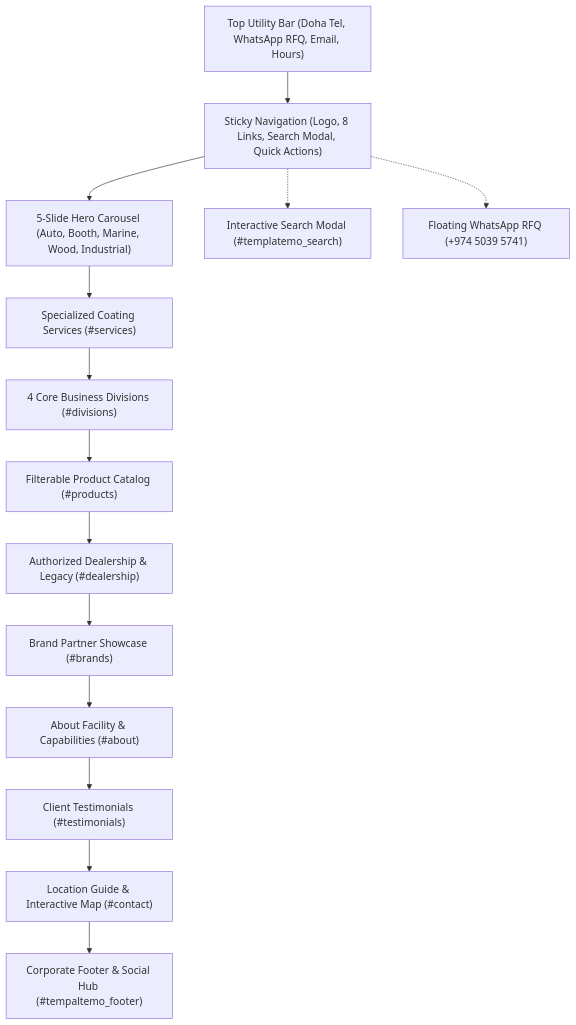
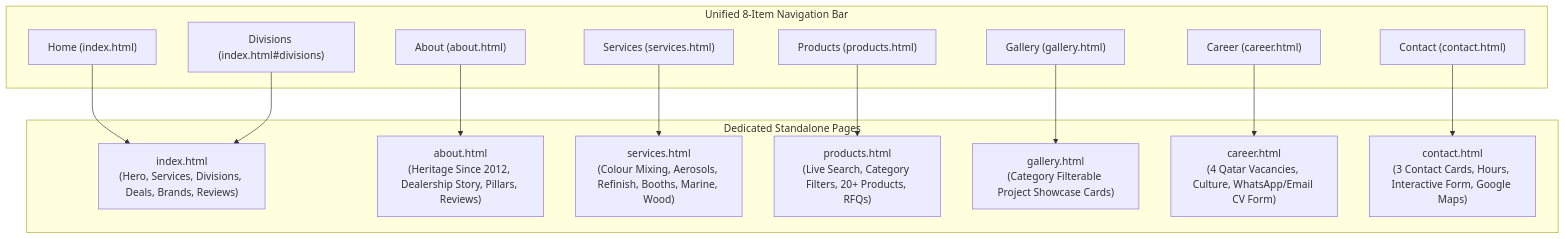
One commit to manu-gitxen/royalautopaints changed the diagram in docs/blueprint.md. Above: the diagram before and after it, drawn with Mermaid. The commit also changed other lines of this file and 13 other files, not shown here.

````diff
--- a/docs/blueprint.md
+++ b/docs/blueprint.md
@@ -34,17 +36,32 @@
 ```mermaid
 flowchart TD
-    TopNav["Top Utility Bar (Doha Tel, WhatsApp RFQ, Email, Hours)"] --> StickyNav["Sticky Navigation (Logo, 8 Links, Search Modal, Quick Actions)"]
-    StickyNav --> Hero["5-Slide Hero Carousel (Auto, Booth, Marine, Wood, Industrial)"]
-    Hero --> Services["Specialized Coating Services (#services)"]
-    Services --> Divisions["4 Core Business Divisions (#divisions)"]
-    Divisions --> Products["Filterable Product Catalog (#products)"]
-    Products --> Dealership["Authorized Dealership & Legacy (#dealership)"]
-    Dealership --> Brands["Brand Partner Showcase (#brands)"]
-    Brands --> About["About Facility & Capabilities (#about)"]
-    About --> Reviews["Client Testimonials (#testimonials)"]
-    Reviews --> Contact["Location Guide & Interactive Map (#contact)"]
-    Contact --> Footer["Corporate Footer & Social Hub (#tempaltemo_footer)"]
+    subgraph Navigation["Unified 8-Item Navigation Bar"]
+        NavHome["Home (index.html)"]
+        NavAbout["About (about.html)"]
+        NavServices["Services (services.html)"]
+        NavDivisions["Divisions (index.html#divisions)"]
+        NavProducts["Products (products.html)"]
+        NavGallery["Gallery (gallery.html)"]
+        NavCareer["Career (career.html)"]
+        NavContact["Contact (contact.html)"]
+    end
 
-    StickyNav -.-> SearchModal["Interactive Search Modal (#templatemo_search)"]
-    StickyNav -.-> FloatingWA["Floating WhatsApp RFQ (+974 5039 5741)"]
+    subgraph Pages["Dedicated Standalone Pages"]
+        HomePg["index.html\n(Hero, Services, Divisions, Deals, Brands, Reviews)"]
+        AboutPg["about.html\n(Heritage Since 2012, Dealership Story, Pillars, Reviews)"]
+        ServicesPg["services.html\n(Colour Mixing, Aerosols, Refinish, Booths, Marine, Wood)"]
+        ProductsPg["products.html\n(Live Search, Category Filters, 20+ Products, RFQs)"]
+        GalleryPg["gallery.html\n(Category Filterable Project Showcase Cards)"]
+        CareerPg["career.html\n(4 Qatar Vacancies, Culture, WhatsApp/Email CV Form)"]
+        ContactPg["contact.html\n(3 Contact Cards, Hours, Interactive Form, Google Maps)"]
+    end
+
+    NavHome --> HomePg
+    NavAbout --> AboutPg
+    NavServices --> ServicesPg
+    NavDivisions --> HomePg
+    NavProducts --> ProductsPg
+    NavGallery --> GalleryPg
+    NavCareer --> CareerPg
+    NavContact --> ContactPg
 ```
````
